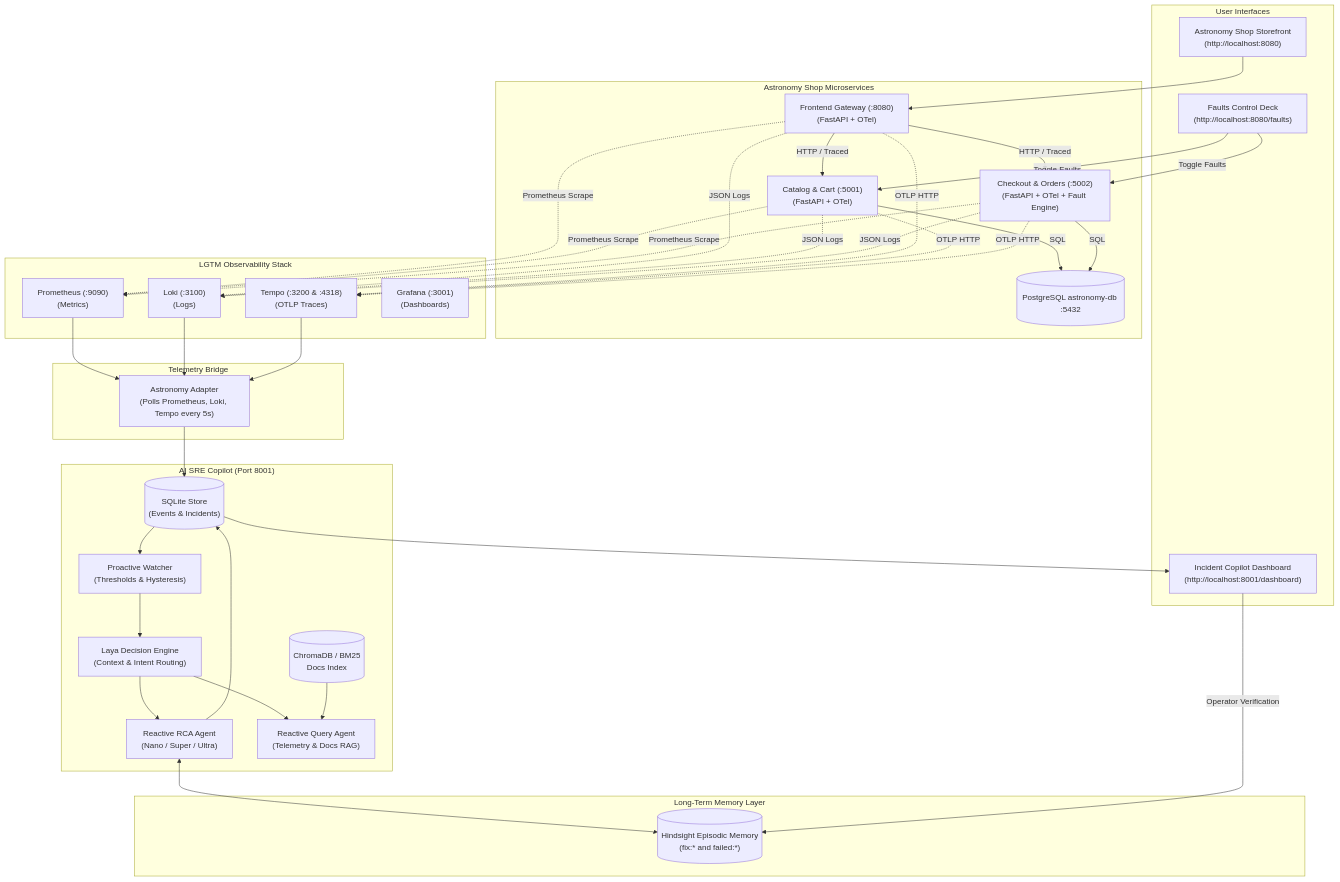
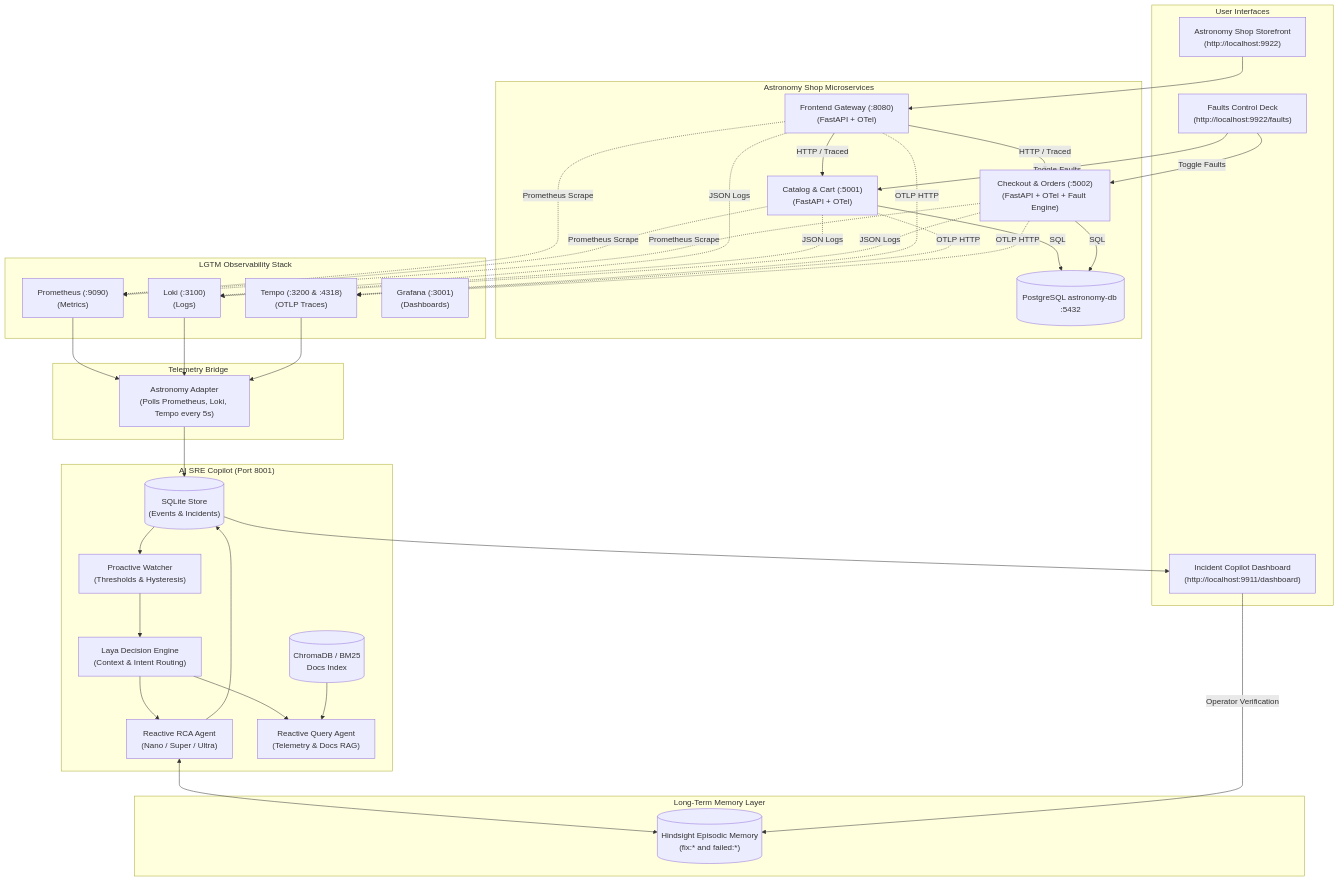
Before and after one commit to satwikt/incident_response_agent: the diagram in readme.md, drawn with Mermaid. The commit also changed other lines of this file and 7 other files, not shown here.

Commit message:
Config, docs and demo scripts: MIN_REQUESTS=3, real ports, demo test flow, reset script

````diff
--- a/readme.md
+++ b/readme.md
@@ -33,64 +33,64 @@
 ```mermaid
 flowchart TB
     subgraph ClientLayer["User Interfaces"]
-        StoreUI["Astronomy Shop Storefront\n(http://localhost:8080)"]
-        FaultsUI["Faults Control Deck\n(http://localhost:8080/faults)"]
-        OpsUI["Incident Copilot Dashboard\n(http://localhost:8001/dashboard)"]
+        StoreUI["Astronomy Shop Storefront\n(http://localhost:9922)"]
+        FaultsUI["Faults Control Deck\n(http://localhost:9922/faults)"]
+        OpsUI["Incident Copilot Dashboard\n(http://localhost:9911/dashboard)"]
     end
 
     subgraph ServiceMesh["Astronomy Shop Microservices"]
         Frontend["Frontend Gateway (:8080)\n(FastAPI + OTel)"]
         Catalog["Catalog & Cart (:5001)\n(FastAPI + OTel)"]
         Checkout["Checkout & Orders (:5002)\n(FastAPI + OTel + Fault Engine)"]
         DB[(PostgreSQL astronomy-db :5432)]
 
         StoreUI --> Frontend
         FaultsUI -->|Toggle Faults| Checkout & Catalog
         Frontend -->|HTTP / Traced| Catalog
         Frontend -->|HTTP / Traced| Checkout
         Catalog -->|SQL| DB
         Checkout -->|SQL| DB
     end
 
     subgraph LGTM["LGTM Observability Stack"]
         Prom["Prometheus (:9090)\n(Metrics)"]
         Loki["Loki (:3100)\n(Logs)"]
         Tempo["Tempo (:3200 & :4318)\n(OTLP Traces)"]
         Grafana["Grafana (:3001)\n(Dashboards)"]
 
         Frontend & Catalog & Checkout -.->|Prometheus Scrape| Prom
         Frontend & Catalog & Checkout -.->|OTLP HTTP| Tempo
         Frontend & Catalog & Checkout -.->|JSON Logs| Loki
     end
 
     subgraph Ingestion["Telemetry Bridge"]
         Adapter["Astronomy Adapter\n(Polls Prometheus, Loki, Tempo every 5s)"]
         Prom --> Adapter
         Loki --> Adapter
         Tempo --> Adapter
     end
 
     subgraph Copilot["AI SRE Copilot (Port 8001)"]
         Store[("SQLite Store\n(Events & Incidents)")]
         Watcher["Proactive Watcher\n(Thresholds & Hysteresis)"]
         Laya["Laya Decision Engine\n(Context & Intent Routing)"]
         RCA["Reactive RCA Agent\n(Nano / Super / Ultra)"]
         Query["Reactive Query Agent\n(Telemetry & Docs RAG)"]
         RAG[("ChromaDB / BM25\nDocs Index")]
 
         Adapter --> Store
         Store --> Watcher
         Watcher --> Laya
         Laya --> RCA
         Laya --> Query
         RAG --> Query
         RCA --> Store
         Store --> OpsUI
     end
 
     subgraph Memory["Long-Term Memory Layer"]
         HS[("Hindsight Episodic Memory\n(fix:* and failed:*)")]
         RCA <--> HS
         OpsUI -->|Operator Verification| HS
     end
 ```
````
